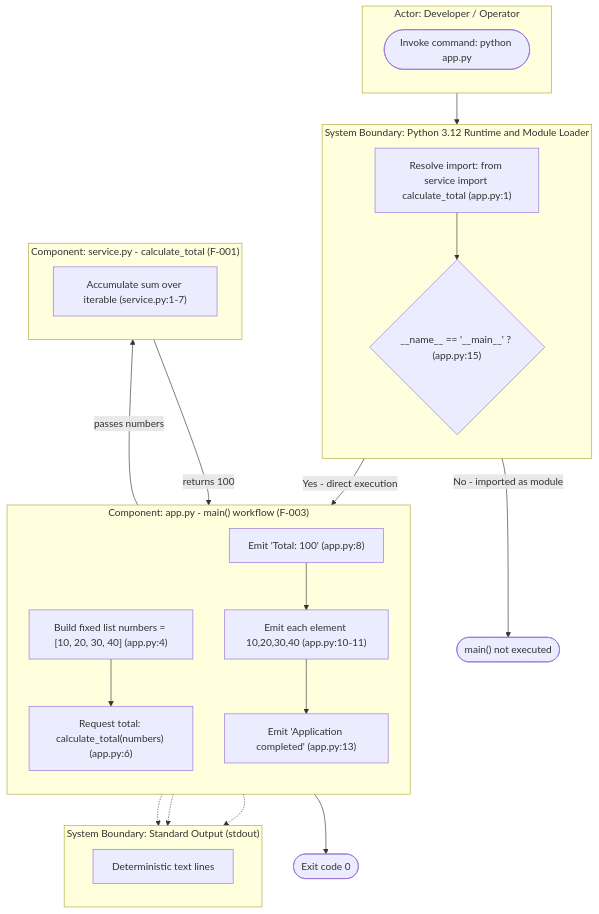
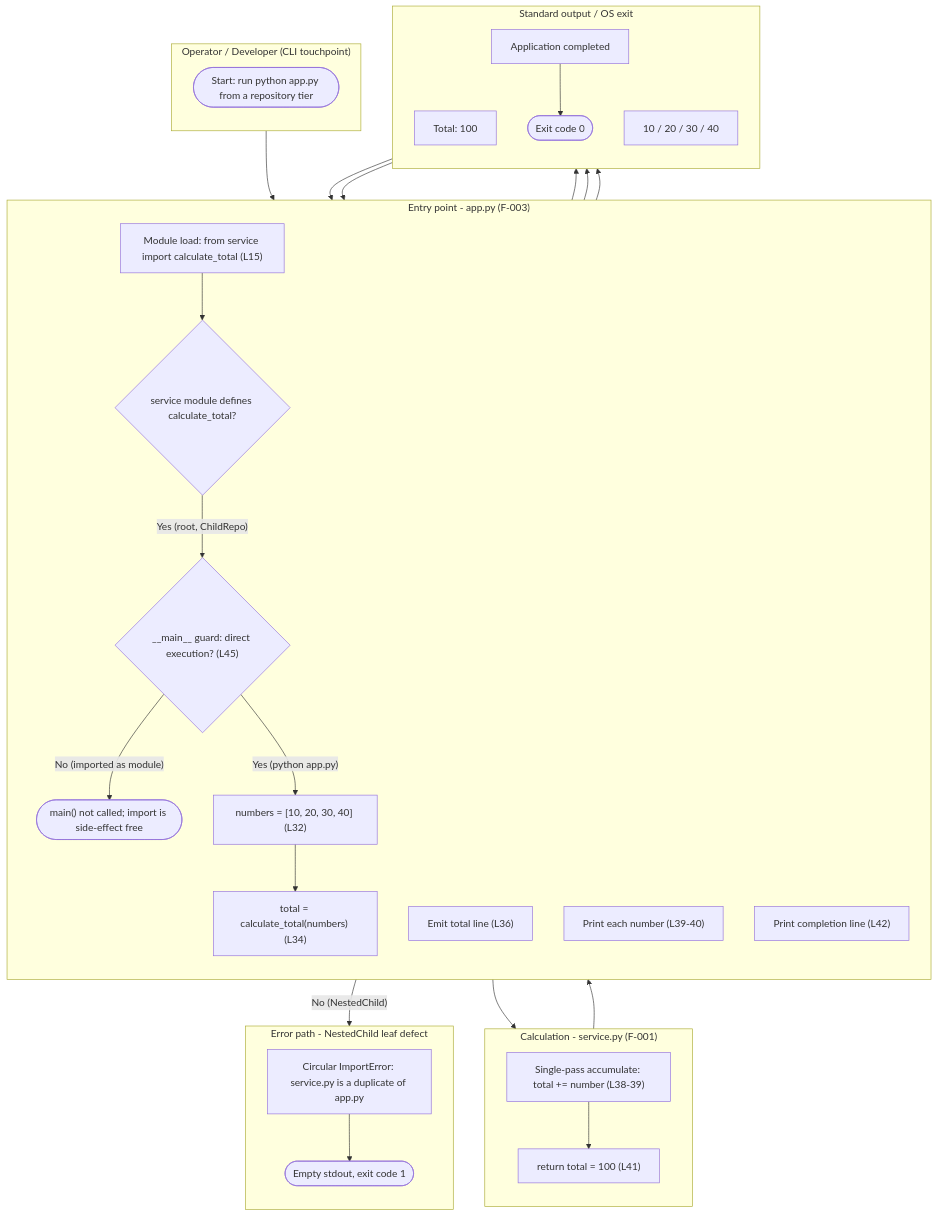
One commit to lakshya-blitzy/600K_ParentRepo changed the fourth of 43 diagrams in blitzy/documentation/Technical Specifications.md. Above: the diagram before and after it, drawn with Mermaid. The commit also changed other lines of this file, not shown here.

````diff
--- a/blitzy/documentation/Technical Specifications.md
+++ b/blitzy/documentation/Technical Specifications.md
@@ -942,41 +910,53 @@
 ```mermaid
-flowchart TB
-    subgraph LaneOp["Actor: Developer / Operator"]
+flowchart TD
+    subgraph Operator["Operator / Developer (CLI touchpoint)"]
         direction TB
-        OpStart(["Invoke command: python app.py"])
+        OpStart(["Start: run python app.py from a repository tier"])
     end
-    subgraph LaneRt["System Boundary: Python 3.12 Runtime and Module Loader"]
+    subgraph AppTier["Entry point - app.py (F-003)"]
         direction TB
-        Import["Resolve import: from service import calculate_total (app.py:1)"]
-        Guard{"__name__ == '__main__' ? (app.py:15)"}
+        Load["Module load: from service import calculate_total (L15)"]
+        ImportOK{"service module defines calculate_total?"}
+        Guard{"__main__ guard: direct execution? (L45)"}
+        Build["numbers = [10, 20, 30, 40] (L32)"]
+        Call["total = calculate_total(numbers) (L34)"]
+        PrintT["Emit total line (L36)"]
+        LoopP["Print each number (L39-40)"]
+        PrintC["Print completion line (L42)"]
+        NoOp(["main() not called; import is side-effect free"])
     end
-    subgraph LaneApp["Component: app.py - main() workflow (F-003)"]
+    subgraph SvcTier["Calculation - service.py (F-001)"]
         direction TB
-        BuildList["Build fixed list numbers = [10, 20, 30, 40] (app.py:4)"]
-        CallTotal["Request total: calculate_total(numbers) (app.py:6)"]
-        PrintTotal["Emit 'Total: 100' (app.py:8)"]
-        LoopPrint["Emit each element 10,20,30,40 (app.py:10-11)"]
-        PrintDone["Emit 'Application completed' (app.py:13)"]
+        Sum["Single-pass accumulate: total += number (L38-39)"]
+        Ret["return total = 100 (L41)"]
     end
-    subgraph LaneSvc["Component: service.py - calculate_total (F-001)"]
+    subgraph OutTier["Standard output / OS exit"]
         direction TB
-        Sum["Accumulate sum over iterable (service.py:1-7)"]
+        L1["Total: 100"]
+        L2["10 / 20 / 30 / 40"]
+        L3["Application completed"]
+        Exit0(["Exit code 0"])
     end
-    subgraph LaneOut["System Boundary: Standard Output (stdout)"]
+    subgraph ErrTier["Error path - NestedChild leaf defect"]
         direction TB
-        Sink["Deterministic text lines"]
+        ImpErr["Circular ImportError: service.py is a duplicate of app.py"]
+        Exit1(["Empty stdout, exit code 1"])
     end
-    OpStart --> Import
-    Import --> Guard
-    Guard -->|"No - imported as module"| Skip(["main() not executed"])
-    Guard -->|"Yes - direct execution"| BuildList
-    BuildList --> CallTotal
-    CallTotal -->|"passes numbers"| Sum
-    Sum -->|"returns 100"| PrintTotal
-    PrintTotal --> LoopPrint
-    LoopPrint --> PrintDone
-    PrintTotal -.-> Sink
-    LoopPrint -.-> Sink
-    PrintDone -.-> Sink
-    PrintDone --> ExitOk(["Exit code 0"])
+    OpStart --> Load
+    Load --> ImportOK
+    ImportOK -->|"No (NestedChild)"| ImpErr
+    ImpErr --> Exit1
+    ImportOK -->|"Yes (root, ChildRepo)"| Guard
+    Guard -->|"No (imported as module)"| NoOp
+    Guard -->|"Yes (python app.py)"| Build
+    Build --> Call
+    Call --> Sum
+    Sum --> Ret
+    Ret --> PrintT
+    PrintT --> L1
+    L1 --> LoopP
+    LoopP --> L2
+    L2 --> PrintC
+    PrintC --> L3
+    L3 --> Exit0
 ```
````
